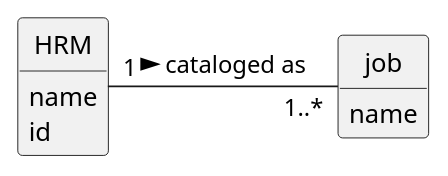
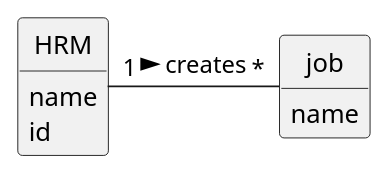
The diagram in docs/sprintA/us002/02.analysis/puml/us002-domain-model.puml (Departamento-de-Engenharia-Informatica/lei-24-s2-1do-g164), drawn with PlantUML before and after one commit. The commit also changed 6 other files, not shown here.

```diff
--- a/docs/sprintA/us002/02.analysis/puml/us002-domain-model.puml
+++ b/docs/sprintA/us002/02.analysis/puml/us002-domain-model.puml
@@ -1,37 +1,37 @@
 @startuml
 skinparam monochrome true
 skinparam packageStyle rectangle
 skinparam shadowing false
 
 'left to right direction
 
 skinparam classAttributeIconSize 0
 
 hide circle
 hide methods
 
 'title Domain Model
 
 'class Platform {
 '  -description
 '}
 
 
 class job
  {
    name
 }
 'class User {
 '    name
 '    email
 '    password
 '}
 
 class HRM{
   name
   id
 }
 
 
-HRM "1" - "1..*" job: cataloged as >
+HRM "1" - "*" job: creates >
 @enduml
```
